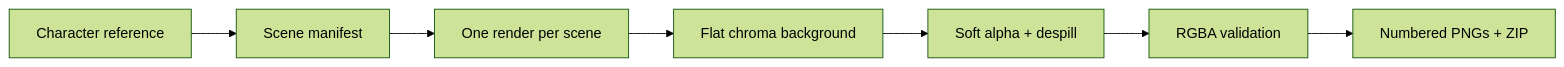
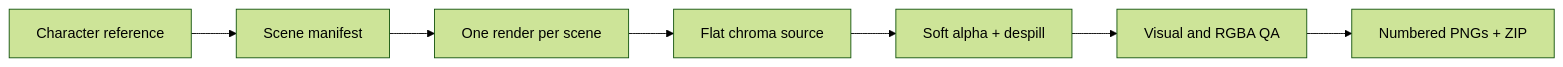
Before and after one commit to NeoWeb3Nova/sticker-pack-maker-skill: the diagram in README.md, drawn with Mermaid (forest theme). The commit also changed other lines of this file and 4 other files, not shown here.

````diff
--- a/README.md
+++ b/README.md
@@ -81,9 +94,9 @@
 ```mermaid
 flowchart LR
     A["Character reference"] --> B["Scene manifest"]
     B --> C["One render per scene"]
-    C --> D["Flat chroma background"]
+    C --> D["Flat chroma source"]
     D --> E["Soft alpha + despill"]
-    E --> F["RGBA validation"]
+    E --> F["Visual and RGBA QA"]
     F --> G["Numbered PNGs + ZIP"]
 ```
````
